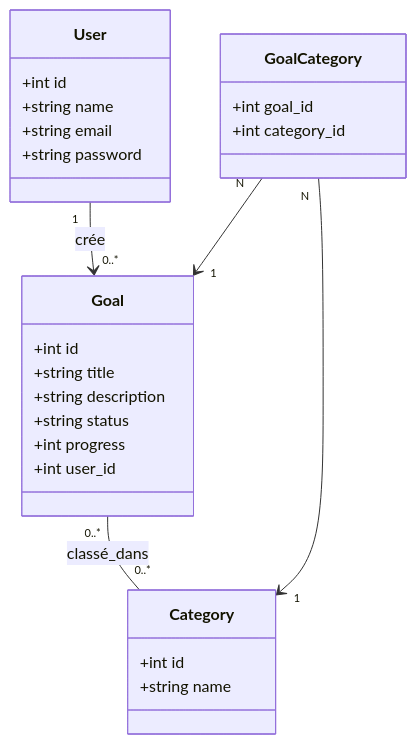
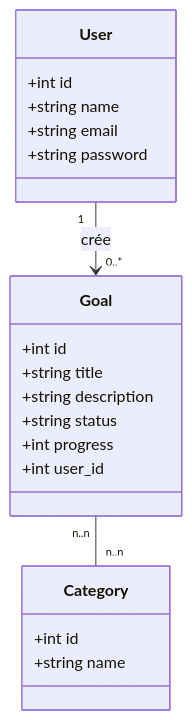
The diagram in README.md (abdelhaymallouli/Goals-Tracker), drawn with Mermaid before and after one commit.

Commit message:
docs: Remove explicit GoalCategory class and simplify Goal-Category many-to-many relationship notation in README.

````diff
--- a/README.md
+++ b/README.md
@@ -81,33 +81,28 @@
 ```mermaid
 classDiagram
     class User {
         +int id
         +string name
         +string email
         +string password
     }
 
     class Goal {
         +int id
         +string title
         +string description
         +string status
         +int progress
         +int user_id
     }
 
     class Category {
         +int id
         +string name
     }
 
-    class GoalCategory {
-        +int goal_id
-        +int category_id
-    }
+
 
     User "1" --> "0..*" Goal : crée
-    Goal "0..*" -- "0..*" Category : classé_dans
-    GoalCategory "N" --> "1" Goal
-    GoalCategory "N" --> "1" Category
+    Goal "n..n" -- "n..n" Category : 
 ```
````
